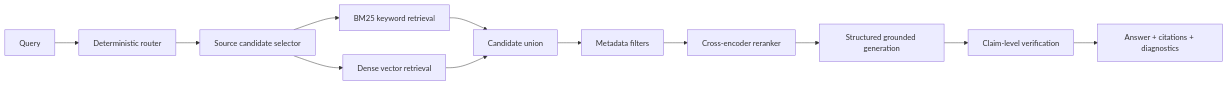
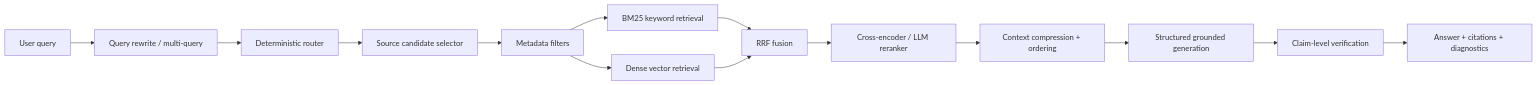
One commit to Tyler03118/ME_Agent changed the second of 2 diagrams in docs/scalability_plan_showcase.md. Above: the diagram before and after it, drawn with Mermaid. The commit also changed other lines of this file, not shown here.

````diff
--- a/docs/scalability_plan_showcase.md
+++ b/docs/scalability_plan_showcase.md
@@ -54,14 +76,16 @@
 ```mermaid
 flowchart LR
-    Q["Query"] --> R["Deterministic router"]
+    Q["User query"] --> QR["Query rewrite / multi-query"]
+    QR --> R["Deterministic router"]
     R --> S["Source candidate selector"]
-    S --> K["BM25 keyword retrieval"]
-    S --> V["Dense vector retrieval"]
-    K --> U["Candidate union"]
-    V --> U
-    U --> M["Metadata filters"]
-    M --> X["Cross-encoder reranker"]
-    X --> G["Structured grounded generation"]
-    G --> C["Claim-level verification"]
-    C --> O["Answer + citations + diagnostics"]
+    S --> M["Metadata filters"]
+    M --> K["BM25 keyword retrieval"]
+    M --> V["Dense vector retrieval"]
+    K --> F["RRF fusion"]
+    V --> F
+    F --> X["Cross-encoder / LLM reranker"]
+    X --> C["Context compression + ordering"]
+    C --> G["Structured grounded generation"]
+    G --> VFY["Claim-level verification"]
+    VFY --> O["Answer + citations + diagnostics"]
 ```
````
